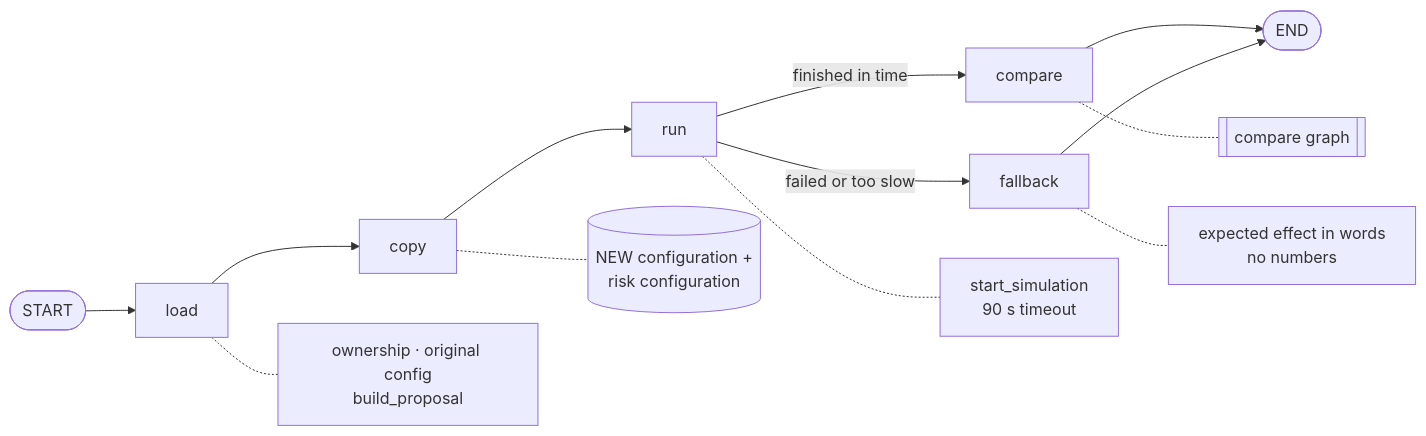
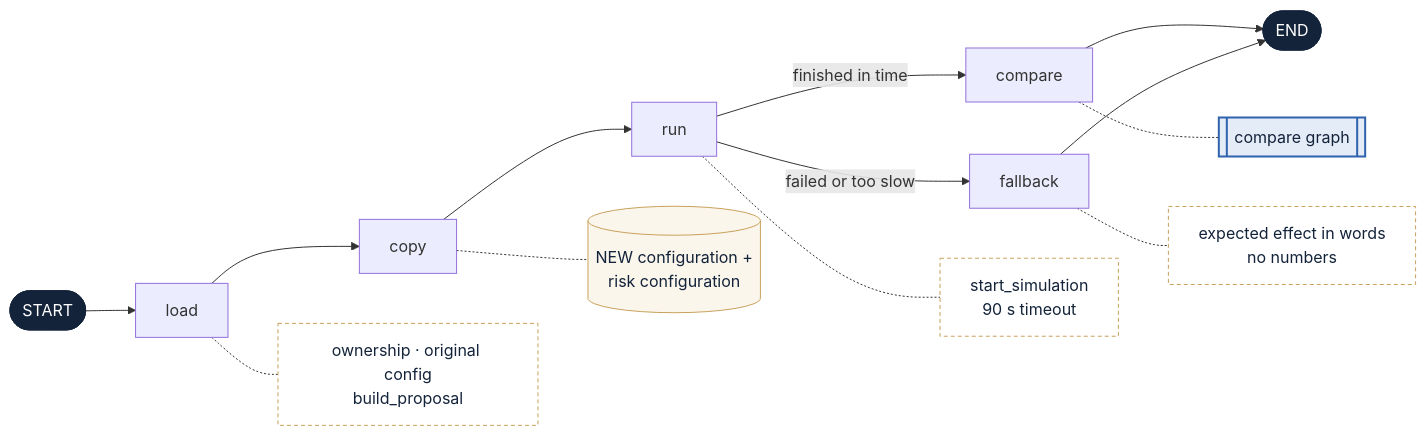
The eighth of 9 diagrams in docs/agents.md (CardozoEIA/trading_simulator), drawn with Mermaid before and after one commit. The commit also changed other lines of this file and 8 other files, not shown here.

First line of the commit message:
docs(agents): export every per-agent diagram with its tools

````diff
--- a/docs/agents.md
+++ b/docs/agents.md
@@ -168,15 +261,24 @@
 ```mermaid
 flowchart LR
     S([START]) --> L[load]
     L --> C[copy]
     C --> R[run]
     R -->|finished in time| CM[compare]
     R -->|failed or too slow| F[fallback]
     CM & F --> E([END])
 
     L -.- l[ownership · original config<br/>build_proposal]
     C -.- c[(NEW configuration +<br/>risk configuration)]
     R -.- r[start_simulation<br/>90 s timeout]
     CM -.- g[[compare graph]]
     F -.- f[expected effect in words<br/>no numbers]
+
+    classDef io fill:#13233a,stroke:#13233a,color:#ffffff
+    classDef tool fill:#ffffff,stroke:#c9a15c,stroke-dasharray:4 3,color:#13233a
+    classDef data fill:#fbf6ec,stroke:#c9a15c,color:#13233a
+    classDef subflow fill:#e4ecf8,stroke:#2f63ad,stroke-width:2px,color:#13233a
+    class S,E io
+    class l,r,f tool
+    class c data
+    class g subflow
 ```
````
